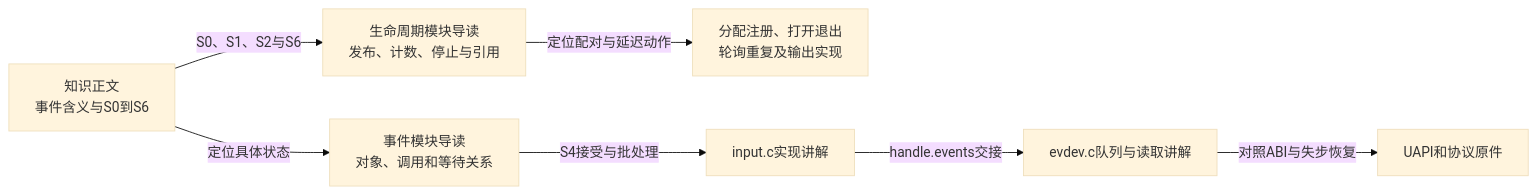
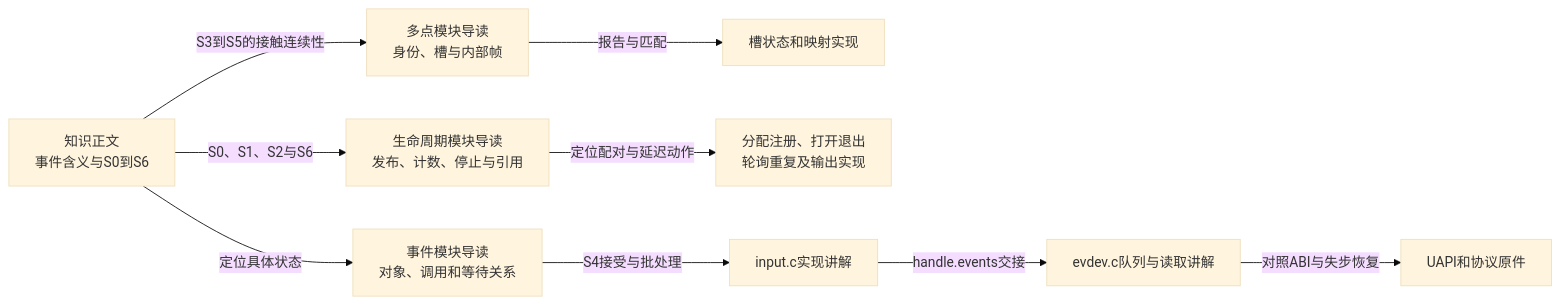
One commit to FormingSystem/linux_note changed the diagram in research/source_reading/input/navigation/P01_Linux_6.12_Input源码阅读索引.md. Above: the diagram before and after it, drawn with Mermaid (base theme). The commit also changed other lines of this file and 10 other files, not shown here.

````diff
--- a/research/source_reading/input/navigation/P01_Linux_6.12_Input源码阅读索引.md
+++ b/research/source_reading/input/navigation/P01_Linux_6.12_Input源码阅读索引.md
@@ -35,9 +35,11 @@
 ```mermaid
 flowchart LR
     k["知识正文<br/>事件含义与S0到S6"] -->|"定位具体状态"| n["事件模块导读<br/>对象、调用和等待关系"]
+    k -->|"S3到S5的接触连续性"| mt["多点模块导读<br/>身份、槽与内部帧"]
+    mt -->|"报告与匹配"| mtimpl["槽状态和映射实现"]
     k -->|"S0、S1、S2与S6"| life["生命周期模块导读<br/>发布、计数、停止与引用"]
     life -->|"定位配对与延迟动作"| impl["分配注册、打开退出<br/>轮询重复及输出实现"]
     n -->|"S4接受与批处理"| c["input.c实现讲解"]
     c -->|"handle.events交接"| e["evdev.c队列与读取讲解"]
     e -->|"对照ABI与失步恢复"| u["UAPI和协议原件"]
 ```
````
